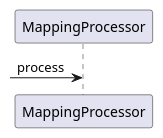
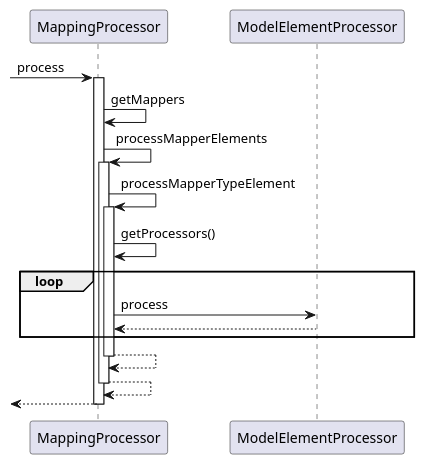
The eighth of 8 diagrams in docs/cs/backend/java/java-basic/10_Bean映射框架MapStruct.md (shirayner/snote), drawn with PlantUML before and after one commit. The commit also changed other lines of this file and 172 other files, not shown here.

````diff
--- a/docs/cs/backend/java/java-basic/10_Bean映射框架MapStruct.md
+++ b/docs/cs/backend/java/java-basic/10_Bean映射框架MapStruct.md
@@ -539,6 +2429,17 @@
 ```plantuml
 @startuml
-[-> MappingProcessor: process
+[-> MappingProcessor++: process
+MappingProcessor -> MappingProcessor: getMappers
+MappingProcessor ->MappingProcessor++: processMapperElements
+MappingProcessor ->MappingProcessor++: processMapperTypeElement
+MappingProcessor ->MappingProcessor: getProcessors()
+loop
+    MappingProcessor ->ModelElementProcessor: process
+    MappingProcessor <-- ModelElementProcessor
+end
+return
+return
+return
 
 @enduml
 ```
````
